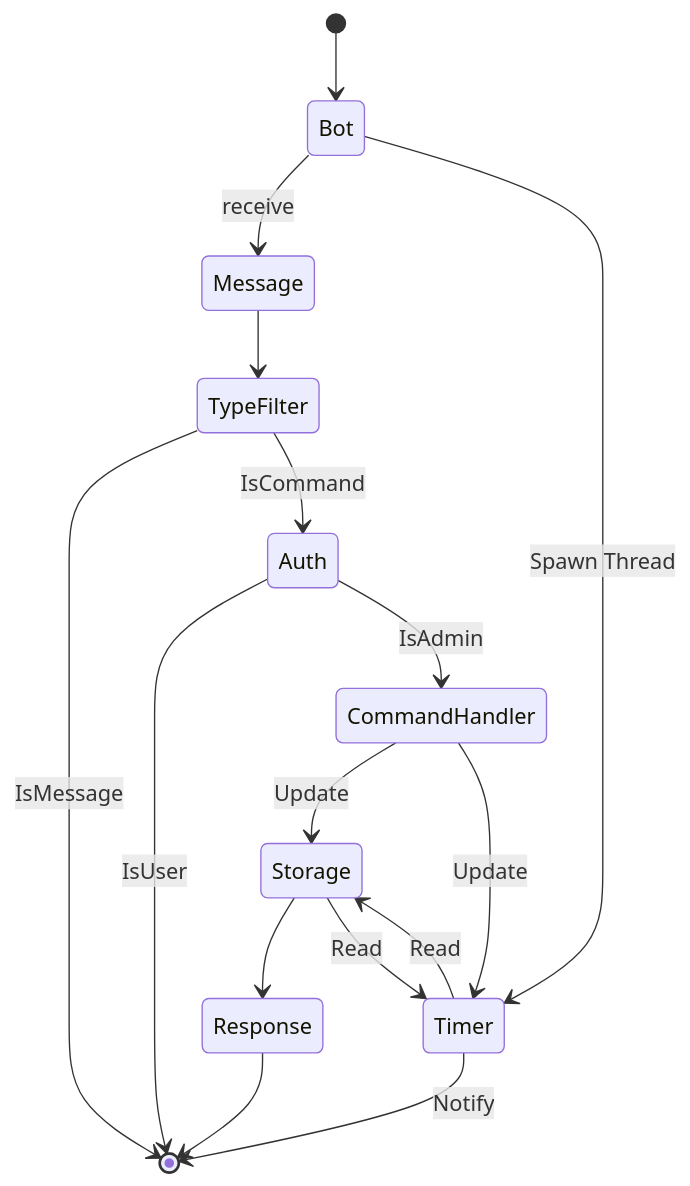
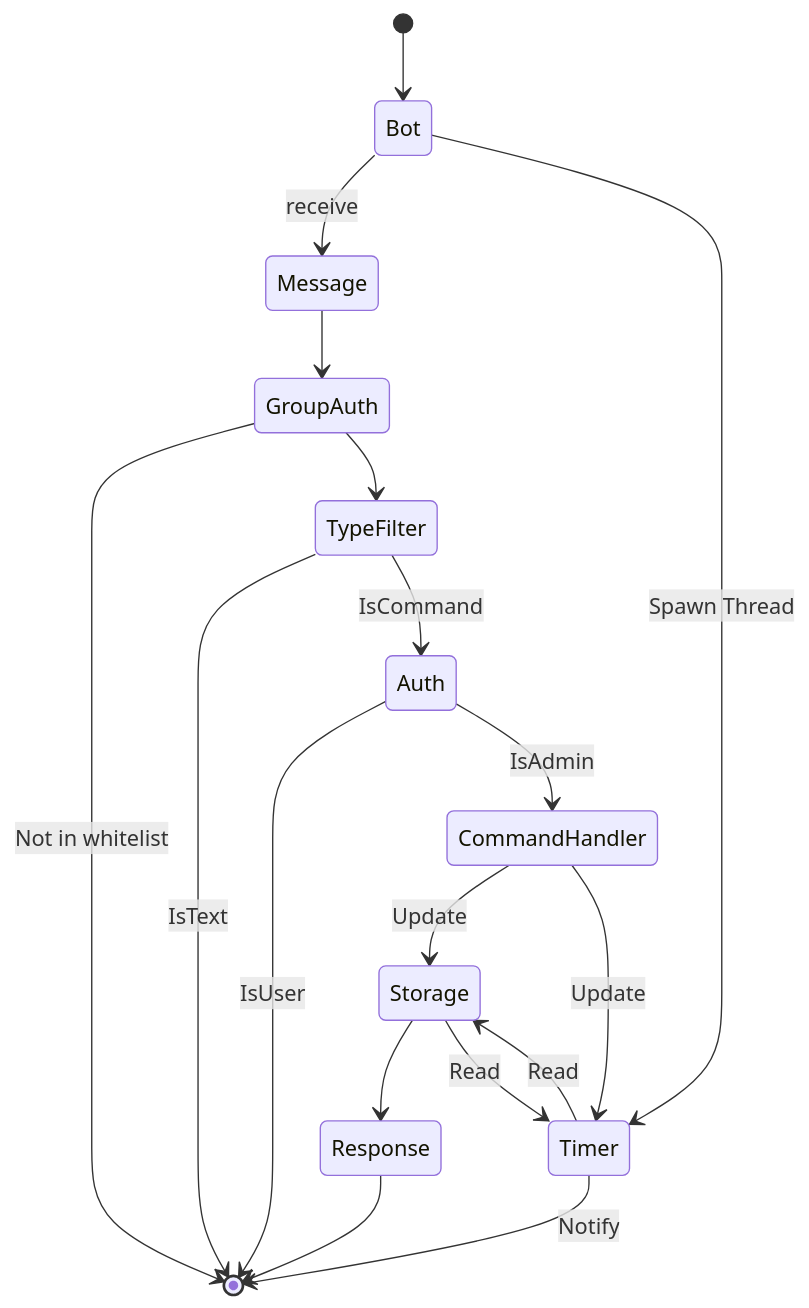
The first of 2 diagrams in docs.md (Avimitin/tg-schedule-notify-bot), drawn with Mermaid before and after one commit.

Commit message:
docs: update diagram

````diff
--- a/docs.md
+++ b/docs.md
@@ -11,20 +11,22 @@
 ```mermaid
 stateDiagram-v2
 
 [*] --> Bot
 Bot --> Message: receive
-Message --> TypeFilter
-TypeFilter --> [*]: IsMessage
+Message --> GroupAuth
+GroupAuth --> [*]: Not in whitelist
+GroupAuth --> TypeFilter
+TypeFilter --> [*]: IsText
 TypeFilter --> Auth: IsCommand
 Auth --> [*]: IsUser
 Auth --> CommandHandler: IsAdmin
 Storage --> Response
 CommandHandler --> Storage: Update
 CommandHandler --> Timer: Update
 Timer-->Storage: Read
 Storage-->Timer: Read
 Bot-->Timer:Spawn Thread
 Timer --> [*]: Notify
 
 Response --> [*]
 ```
````
